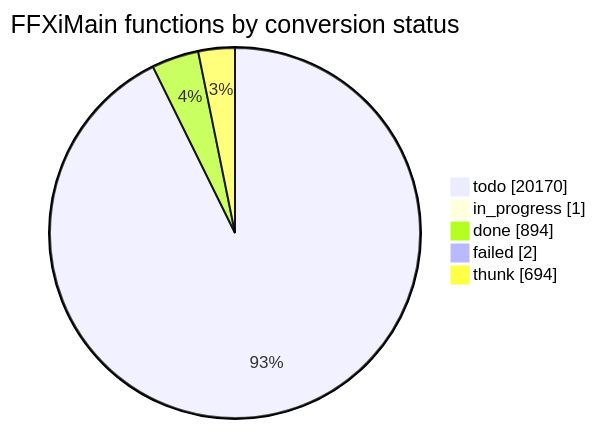
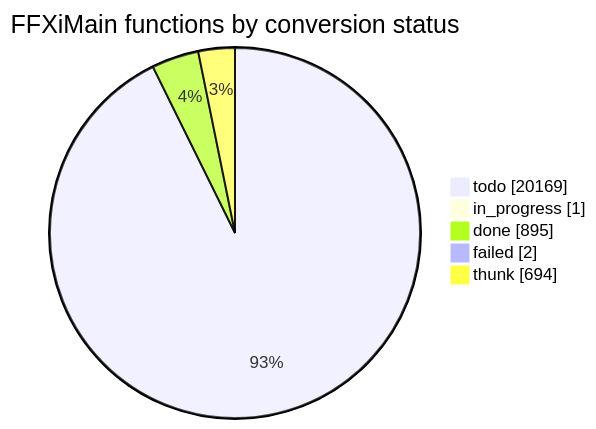
Before and after one commit to cowrevenge/cow_kuluu_xi_anything: the diagram in docs/cow/STATUS.md, drawn with Mermaid. The commit also changed other lines of this file and 9 other files, not shown here.

````diff
--- a/docs/cow/STATUS.md
+++ b/docs/cow/STATUS.md
@@ -18,9 +18,9 @@
 ```mermaid
 pie showData
     title FFXiMain functions by conversion status
-    "todo" : 20170
+    "todo" : 20169
     "in_progress" : 1
-    "done" : 894
+    "done" : 895
     "failed" : 2
     "thunk" : 694
 ```
````
